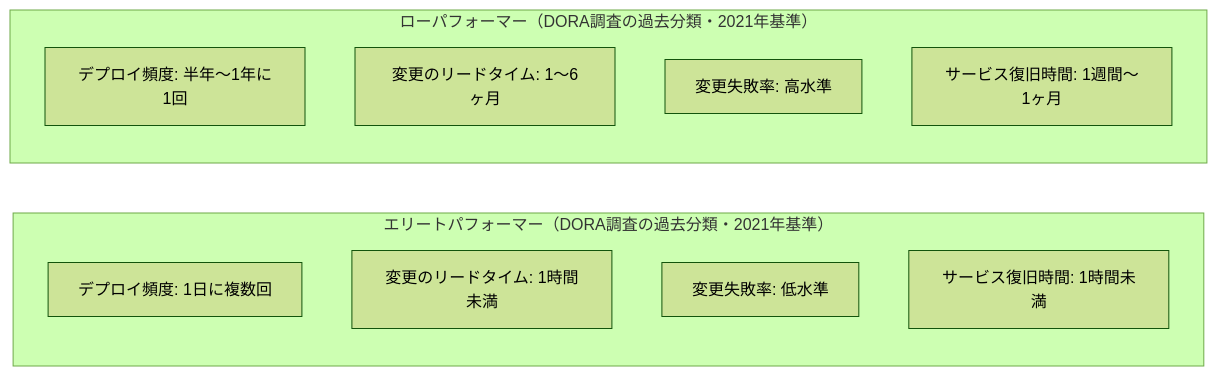
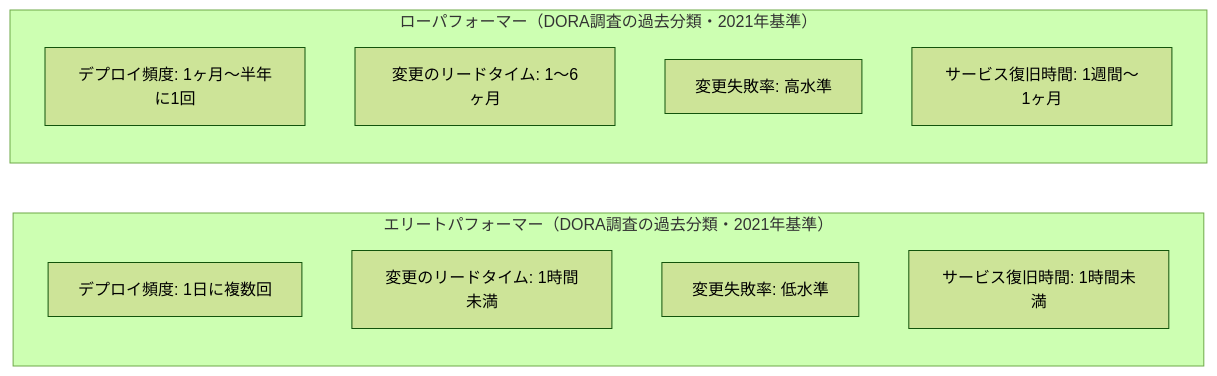
One commit to myoshi2891/Cloud-Infrastructure-Studies changed diagram 18 of 19 in The-devops-handbook.md. Above: the diagram before and after it, drawn with Mermaid (forest theme). The commit also changed other lines of this file and 2 other files, not shown here.

Commit message:
docs: add Accelerate guide and update reading study guides

````diff
--- a/The-devops-handbook.md
+++ b/The-devops-handbook.md
@@ -558,17 +558,17 @@
 ```mermaid
 flowchart LR
     subgraph elite["エリートパフォーマー（DORA調査の過去分類・2021年基準）"]
         direction TB
         E1["デプロイ頻度: 1日に複数回"]
         E2["変更のリードタイム: 1時間未満"]
         E3["変更失敗率: 低水準"]
         E4["サービス復旧時間: 1時間未満"]
     end
     subgraph low["ローパフォーマー（DORA調査の過去分類・2021年基準）"]
         direction TB
-        LW1["デプロイ頻度: 半年〜1年に1回"]
+        LW1["デプロイ頻度: 1ヶ月〜半年に1回"]
         LW2["変更のリードタイム: 1〜6ヶ月"]
         LW3["変更失敗率: 高水準"]
         LW4["サービス復旧時間: 1週間〜1ヶ月"]
     end
 ```
````
